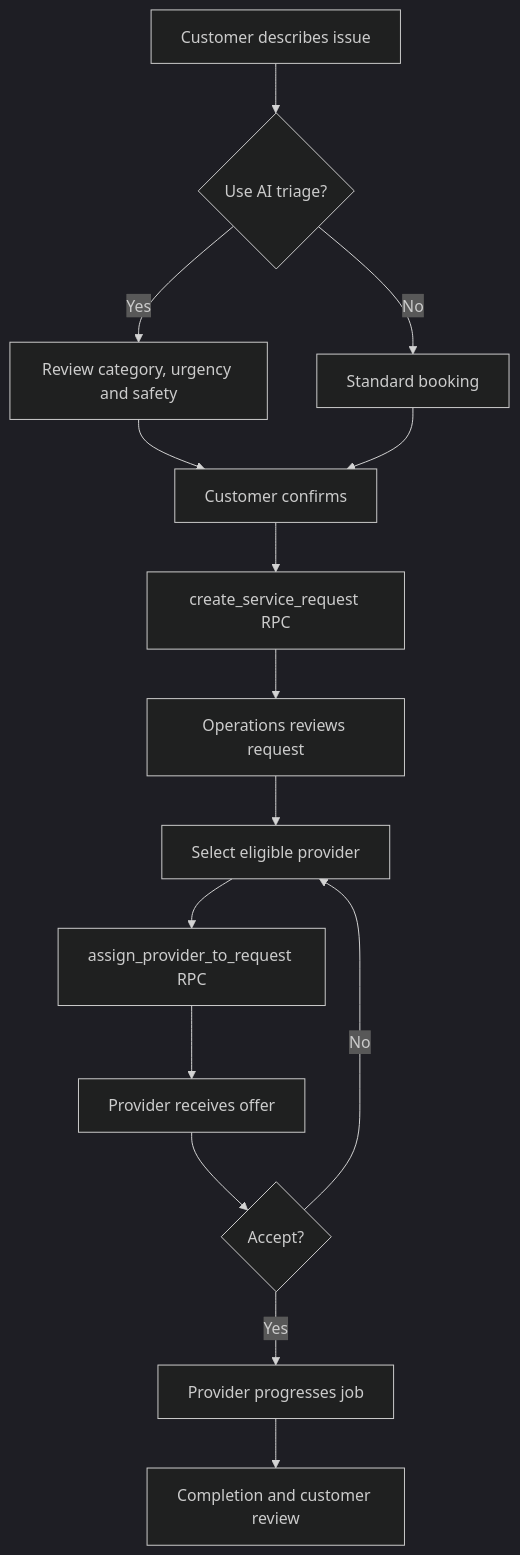
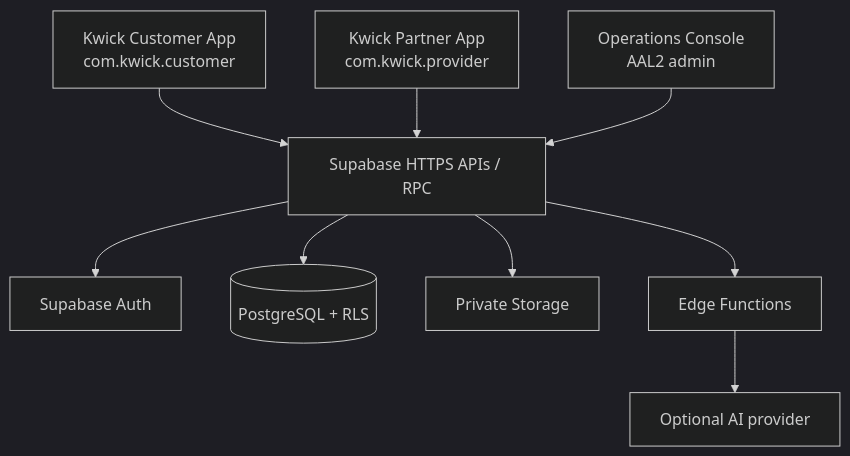
One commit to PSP-YN/Kwick changed the diagram in docs/ARCHITECTURE.md. Above: the diagram before and after it, drawn with Mermaid (dark theme). The commit also changed other lines of this file and 130 other files, not shown here.

Commit message:
feat(kwick): split customer and partner apps

````diff
--- a/docs/ARCHITECTURE.md
+++ b/docs/ARCHITECTURE.md
@@ -156,17 +15,11 @@
 ```mermaid
-flowchart TD
-  A[Customer describes issue] --> B{Use AI triage?}
-  B -->|Yes| C[Review category, urgency and safety]
-  B -->|No| D[Standard booking]
-  C --> E[Customer confirms]
-  D --> E
-  E --> F[create_service_request RPC]
-  F --> G[Operations reviews request]
-  G --> H[Select eligible provider]
-  H --> I[assign_provider_to_request RPC]
-  I --> J[Provider receives offer]
-  J --> K{Accept?}
-  K -->|No| H
-  K -->|Yes| L[Provider progresses job]
-  L --> M[Completion and customer review]
+flowchart TB
+  C[Kwick Customer App\ncom.kwick.customer] --> API[Supabase HTTPS APIs / RPC]
+  P[Kwick Partner App\ncom.kwick.provider] --> API
+  O[Operations Console\nAAL2 admin] --> API
+  API --> AUTH[Supabase Auth]
+  API --> DB[(PostgreSQL + RLS)]
+  API --> STORE[Private Storage]
+  API --> EDGE[Edge Functions]
+  EDGE --> AI[Optional AI provider]
 ```
````
